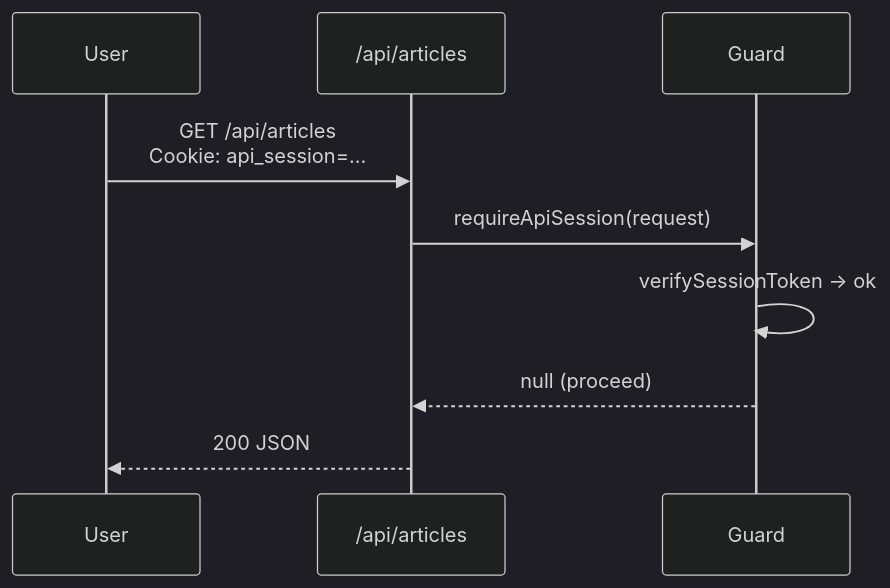
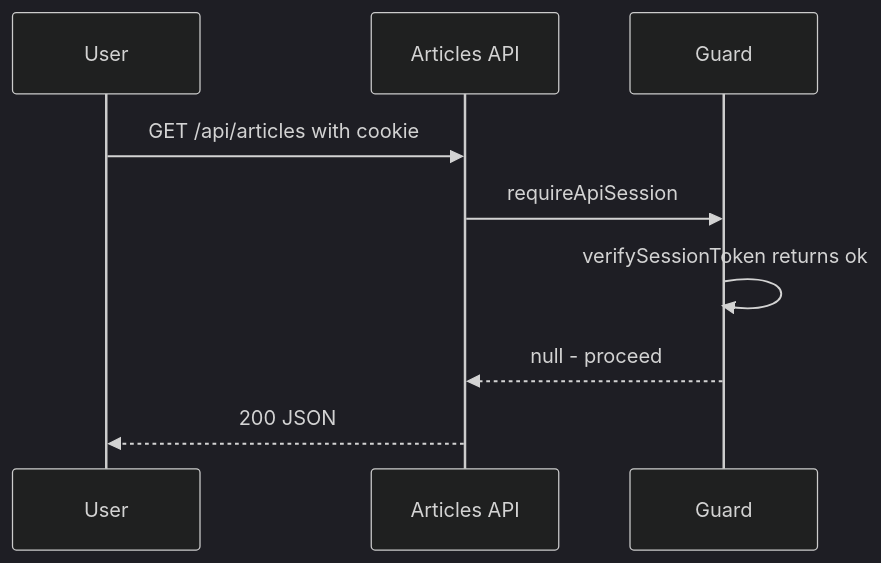
The fifth of 6 diagrams in docs/API_AUTHENTICATION.md (SHARATHKM2004/new--repo), drawn with Mermaid (dark theme) before and after one commit. The commit also changed other lines of this file, not shown here.

Commit message:
docs: fix mermaid diagram syntax for GitHub rendering

````diff
--- a/docs/API_AUTHENTICATION.md
+++ b/docs/API_AUTHENTICATION.md
@@ -188,11 +189,11 @@
 ```mermaid
 sequenceDiagram
     participant U as User
-    participant API as /api/articles
+    participant API as Articles API
     participant Guard
-    U->>API: GET /api/articles<br/>Cookie: api_session=...
-    API->>Guard: requireApiSession(request)
-    Guard->>Guard: verifySessionToken → ok
-    Guard-->>API: null (proceed)
+    U->>API: GET /api/articles with cookie
+    API->>Guard: requireApiSession
+    Guard->>Guard: verifySessionToken returns ok
+    Guard-->>API: null - proceed
     API-->>U: 200 JSON
 ```
````
